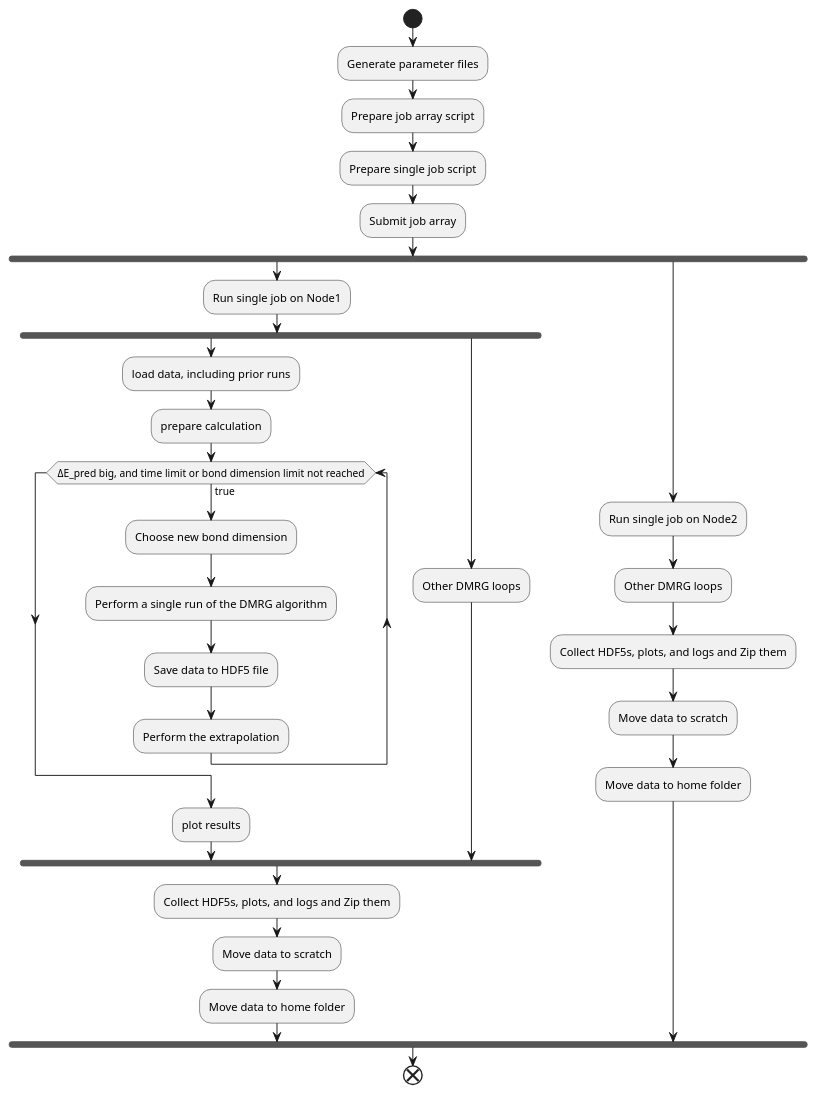
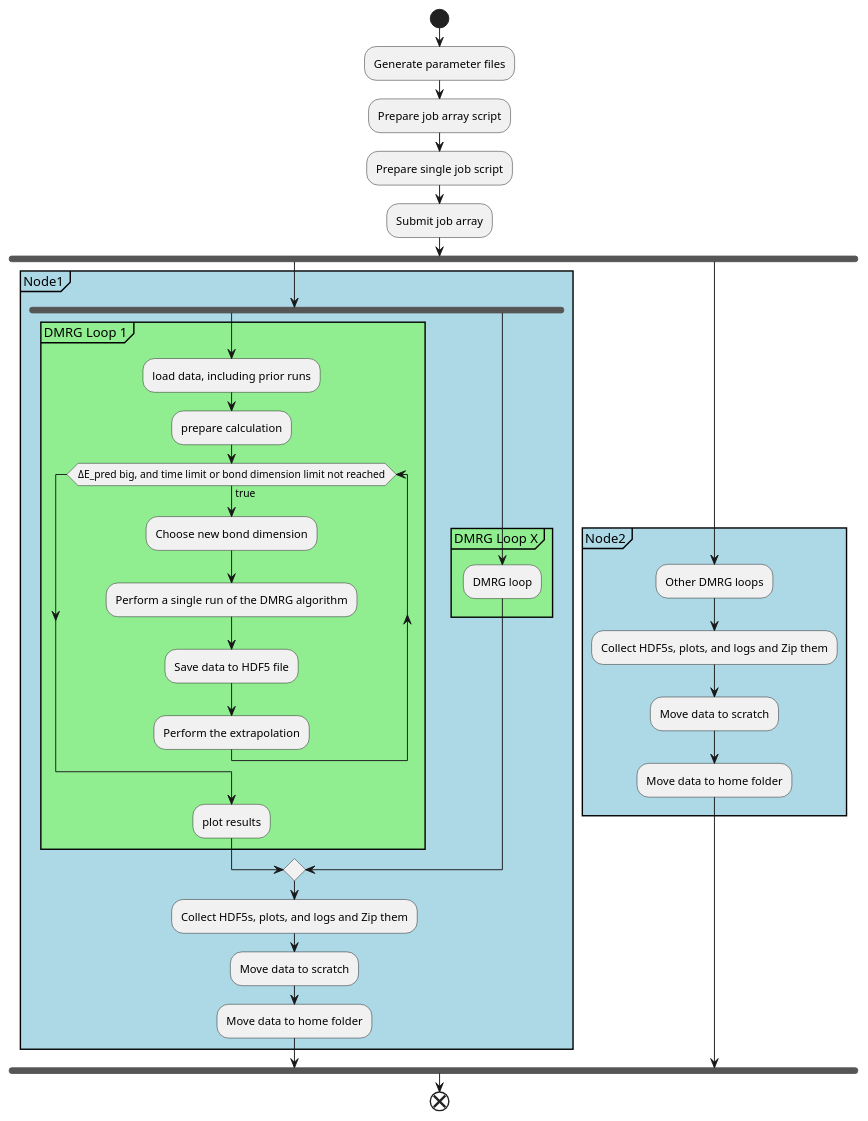
Before and after one commit to jtcantin/dmrghandler: the diagram in docs/diagrams/src/main_diagrams.puml, drawn with PlantUML. The commit also changed 1 other file, not shown here.

Commit message:
Make initial UML diagrams Initial setup of extrapolation

```diff
--- a/docs/diagrams/src/main_diagrams.puml
+++ b/docs/diagrams/src/main_diagrams.puml
@@ -1,33 +1,39 @@
 @startuml main
 start
 :Generate parameter files;
 :Prepare job array script;
 :Prepare single job script;
 :Submit job array;
 fork
-:Run single job on Node1;
+partition #lightBlue "Node1"
 fork
+partition #lightGreen "DMRG Loop 1"
 :load data, including prior runs;
 :prepare calculation;
 while(ΔE_pred big, and time limit or bond dimension limit not reached) is (true)
 :Choose new bond dimension;
 :Perform a single run of the DMRG algorithm;
 :Save data to HDF5 file;
 :Perform the extrapolation;
 endwhile
 :plot results;
+end group
 fork again
-:Other DMRG loops;
-end fork
+partition #lightGreen "DMRG Loop X"
+:DMRG loop;
+end group
+end merge
 :Collect HDF5s, plots, and logs and Zip them;
 :Move data to scratch;
 :Move data to home folder;
+end group
 fork again
-:Run single job on Node2;
+partition #lightBlue "Node2"
 :Other DMRG loops;
 :Collect HDF5s, plots, and logs and Zip them;
 :Move data to scratch;
 :Move data to home folder;
+end group
 end fork
 end
 @enduml
```
